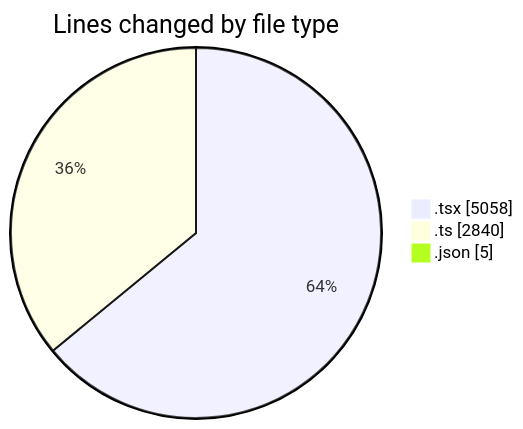
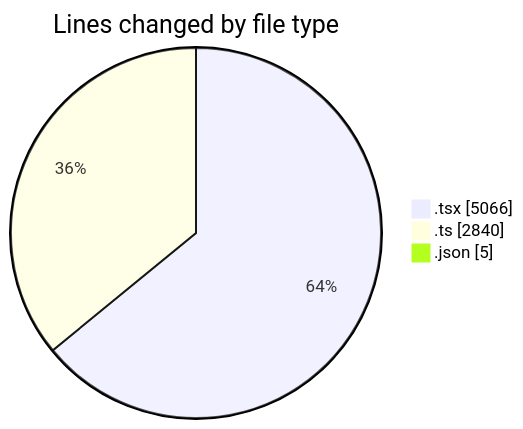
The first of 2 diagrams in 2025-11-23/eventscop-frontend-guide__workspace_/README.md (julien-gomy/code-tracking), drawn with Mermaid before and after one commit. The commit also changed other lines of this file and 1 other file, not shown here.

````diff
--- a/2025-11-23/eventscop-frontend-guide__workspace_/README.md
+++ b/2025-11-23/eventscop-frontend-guide__workspace_/README.md
@@ -76,7 +76,7 @@
 ```mermaid
 pie showData
 title Lines changed by file type
-".tsx" : 5058
+".tsx" : 5066
 ".ts" : 2840
 ".json" : 5
 ```
````
